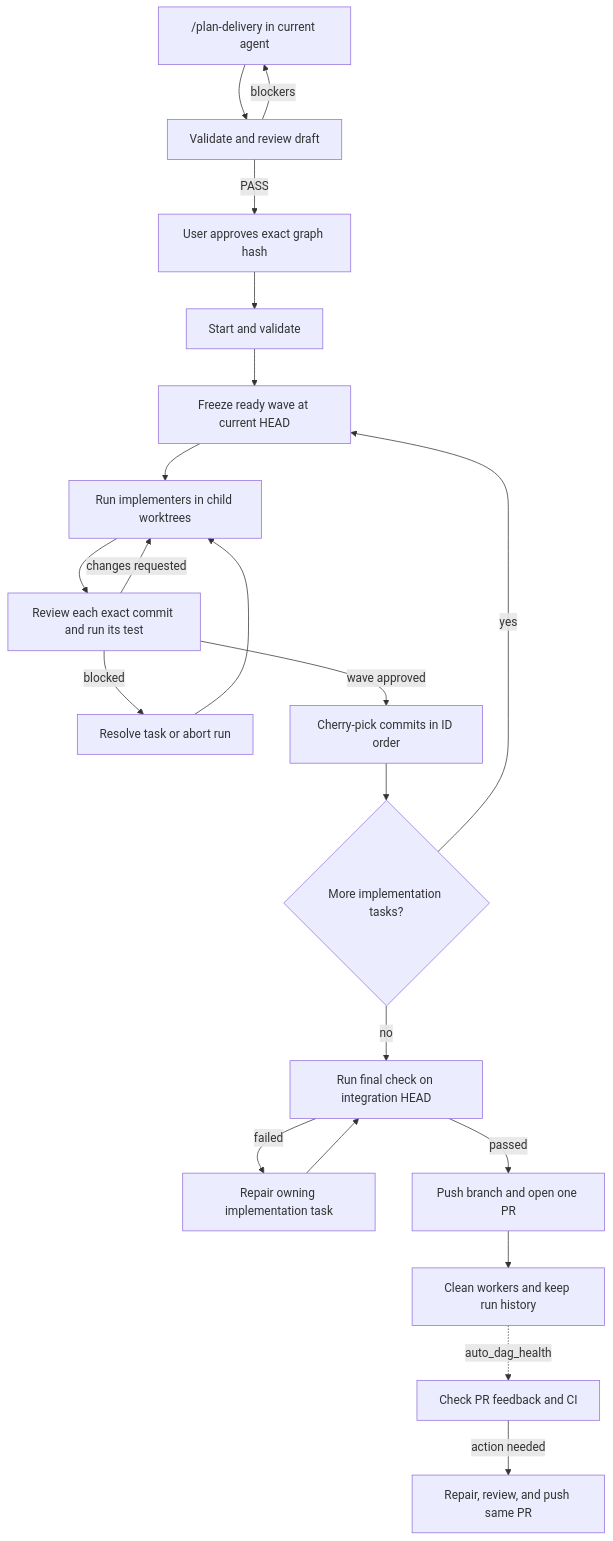
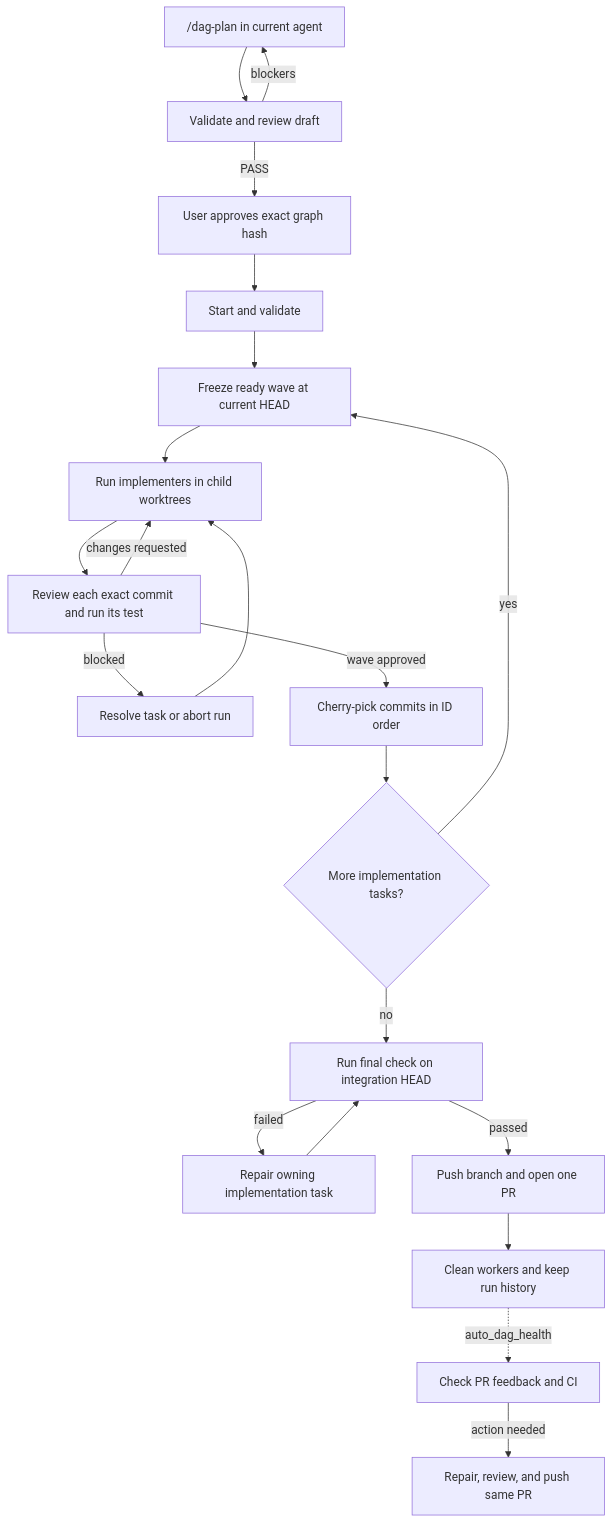
One commit to HenryQW/pi-harness changed the diagram in packages/pi-auto-dag/README.md. Above: the diagram before and after it, drawn with Mermaid. The commit also changed other lines of this file and 7 other files, not shown here.

````diff
--- a/packages/pi-auto-dag/README.md
+++ b/packages/pi-auto-dag/README.md
@@ -147,23 +147,23 @@
 ```mermaid
 flowchart TD
-    P["/plan-delivery in current agent"] --> R["Validate and review draft"]
+    P["/dag-plan in current agent"] --> R["Validate and review draft"]
     R -->|blockers| P
     R -->|PASS| A["User approves exact graph hash"]
     A --> B["Start and validate"]
     B --> C["Freeze ready wave at current HEAD"]
     C --> D["Run implementers in child worktrees"]
     D --> E["Review each exact commit and run its test"]
     E -->|changes requested| D
     E -->|blocked| X["Resolve task or abort run"]
     X --> D
     E -->|wave approved| F["Cherry-pick commits in ID order"]
     F --> G{"More implementation tasks?"}
     G -->|yes| C
     G -->|no| H["Run final check on integration HEAD"]
     H -->|failed| I["Repair owning implementation task"]
     I --> H
     H -->|passed| J["Push branch and open one PR"]
     J --> K["Clean workers and keep run history"]
     K -. auto_dag_health .-> L["Check PR feedback and CI"]
     L -->|action needed| M["Repair, review, and push same PR"]
 ```
````
